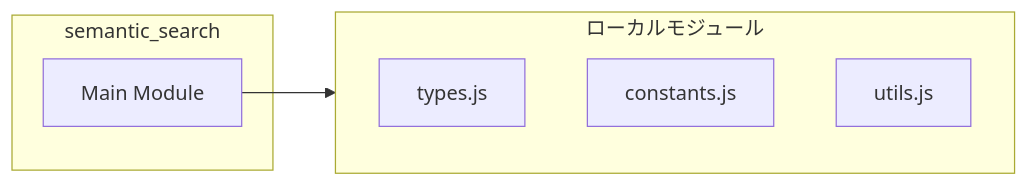
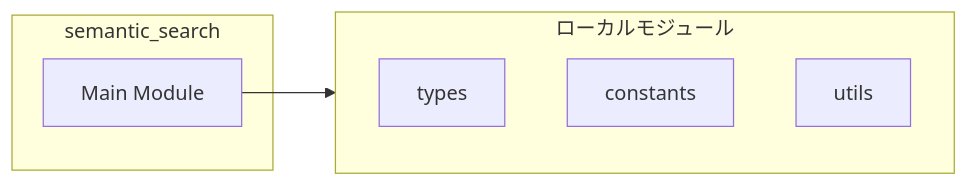
The first of 3 diagrams in ABDD/.pi/extensions/search/tools/semantic_search.md (Mekann2904/mekann), drawn with Mermaid before and after one commit. The commit also changed other lines of this file and 174 other files, not shown here.

First line of the commit message:
fix(docs): ABDDのMermaid図生成エラーを修正する

````diff
--- a/ABDD/.pi/extensions/search/tools/semantic_search.md
+++ b/ABDD/.pi/extensions/search/tools/semantic_search.md
@@ -37,12 +37,12 @@
 ```mermaid
 flowchart LR
   subgraph this[semantic_search]
     main[Main Module]
   end
   subgraph local[ローカルモジュール]
-    types_js["types.js"]
-    constants_js["constants.js"]
-    utils_js["utils.js"]
+    types["types"]
+    constants["constants"]
+    utils["utils"]
   end
   main --> local
 ```
````
